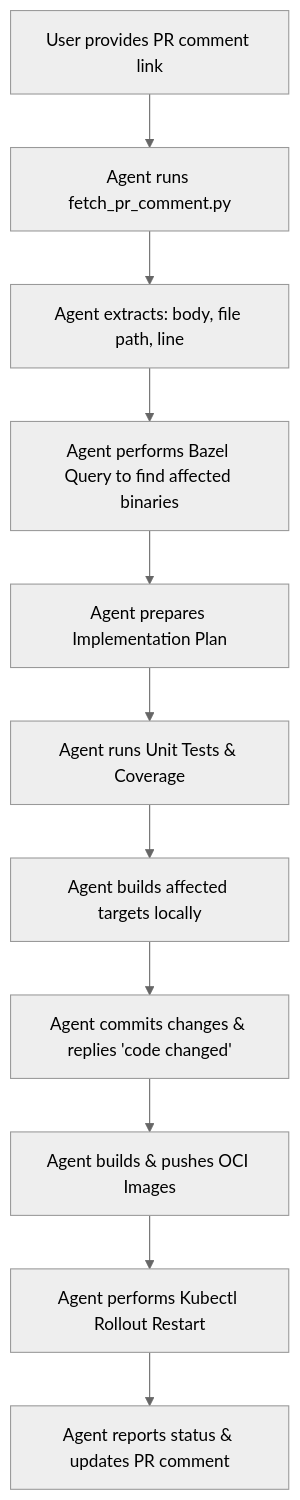
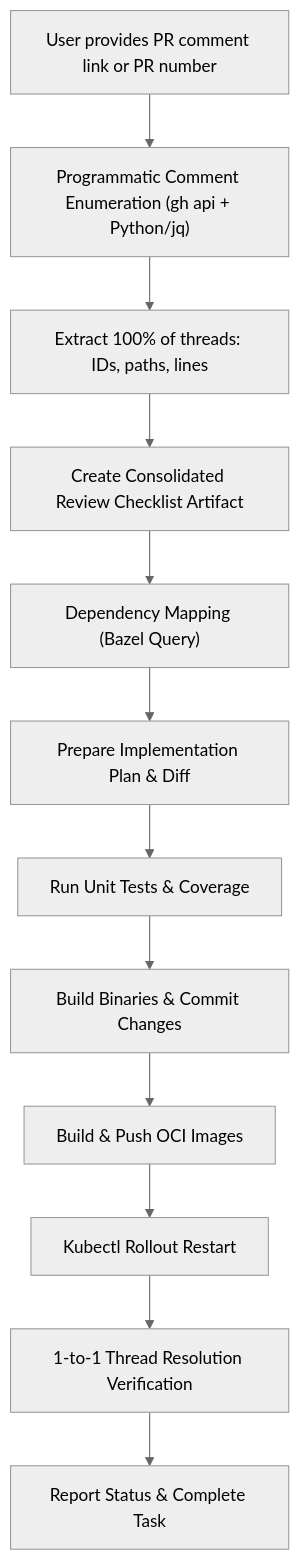
The diagram in .agents/skills/address_pr_comment/SKILL.md (google/xmc), drawn with Mermaid (neutral theme) before and after one commit. The commit also changed other lines of this file and 3 other files, not shown here.

First line of the commit message:
Enforce PR comment integrity rules to prevent skipped review comments

````diff
--- a/.agents/skills/address_pr_comment/SKILL.md
+++ b/.agents/skills/address_pr_comment/SKILL.md
@@ -10,13 +10,14 @@
 ```mermaid
 graph TD
-    A["User provides PR comment link"] --> B["Agent runs fetch_pr_comment.py"]
-    B --> C["Agent extracts: body, file path, line"]
-    C --> D["Agent performs Bazel Query to find affected binaries"]
-    D --> E["Agent prepares Implementation Plan"]
-    E --> F["Agent runs Unit Tests & Coverage"]
-    F --> G["Agent builds affected targets locally"]
-    G --> H["Agent commits changes & replies 'code changed'"]
-    H --> I["Agent builds & pushes OCI Images"]
-    I --> J["Agent performs Kubectl Rollout Restart"]
-    J --> K["Agent reports status & updates PR comment"]
+    A["User provides PR comment link or PR number"] --> B["Programmatic Comment Enumeration (gh api + Python/jq)"]
+    B --> C["Extract 100% of threads: IDs, paths, lines"]
+    C --> D["Create Consolidated Review Checklist Artifact"]
+    D --> E["Dependency Mapping (Bazel Query)"]
+    E --> F["Prepare Implementation Plan & Diff"]
+    F --> G["Run Unit Tests & Coverage"]
+    G --> H["Build Binaries & Commit Changes"]
+    H --> I["Build & Push OCI Images"]
+    I --> J["Kubectl Rollout Restart"]
+    J --> K["1-to-1 Thread Resolution Verification"]
+    K --> L["Report Status & Complete Task"]
 ```
````
